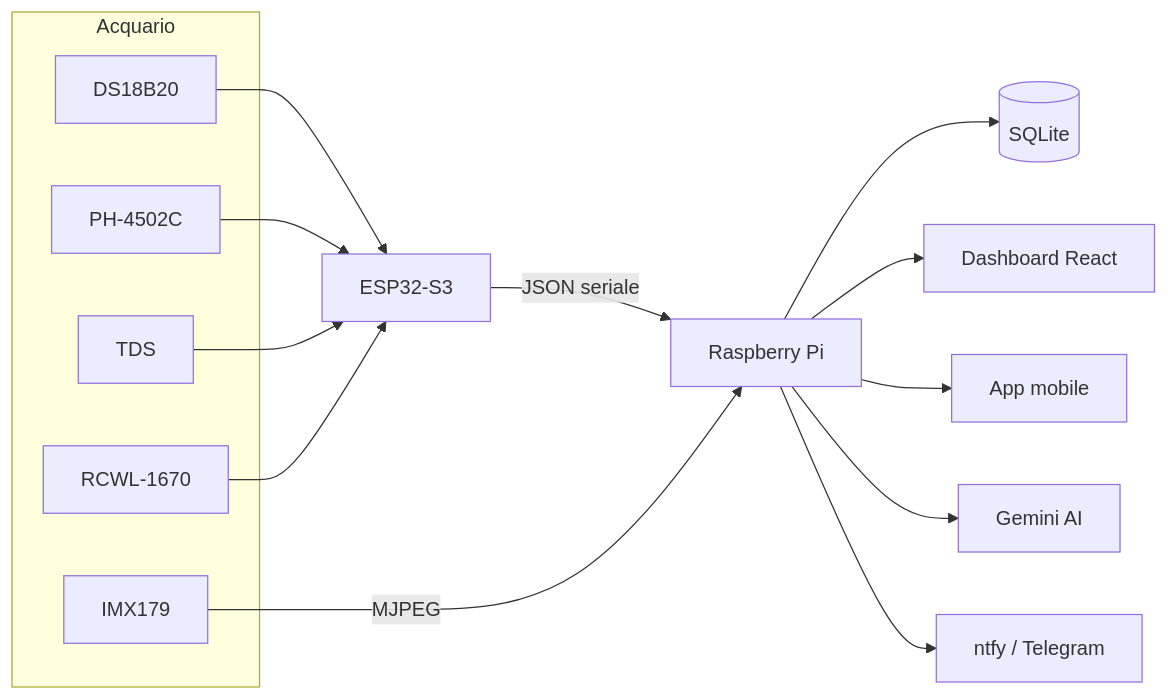
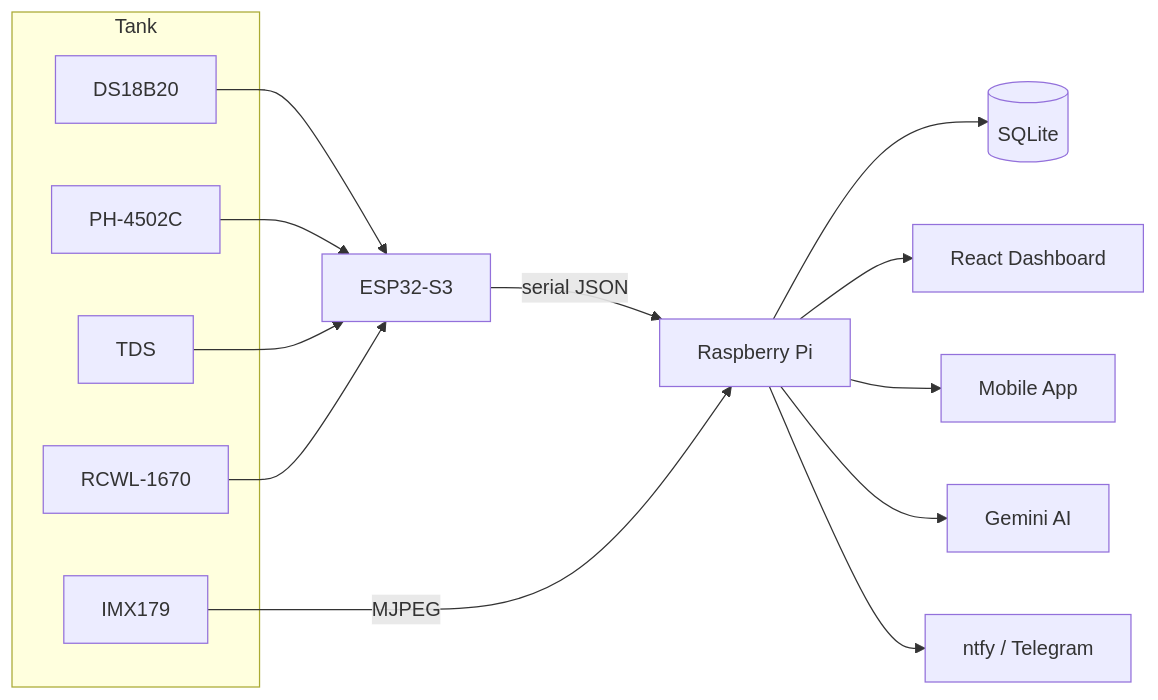
The diagram in README.md (savergiggio/AquaMind), drawn with Mermaid before and after one commit. The commit also changed other lines of this file, not shown here.

````diff
--- a/README.md
+++ b/README.md
@@ -71,21 +50,21 @@
 ```mermaid
 flowchart LR
-  subgraph Acquario
+  subgraph Tank
     S1[DS18B20]
     S2[PH-4502C]
     S3[TDS]
     S4[RCWL-1670]
     CAM[IMX179]
   end
   S1 --> ESP[ESP32-S3]
   S2 --> ESP
   S3 --> ESP
   S4 --> ESP
-  ESP -- JSON seriale --> RPI[Raspberry Pi]
+  ESP -- serial JSON --> RPI[Raspberry Pi]
   CAM -- MJPEG --> RPI
   RPI --> DB[(SQLite)]
-  RPI --> WEB[Dashboard React]
-  RPI --> APP[App mobile]
+  RPI --> WEB[React Dashboard]
+  RPI --> APP[Mobile App]
   RPI --> AI[Gemini AI]
   RPI --> NTF[ntfy / Telegram]
 ```
````
